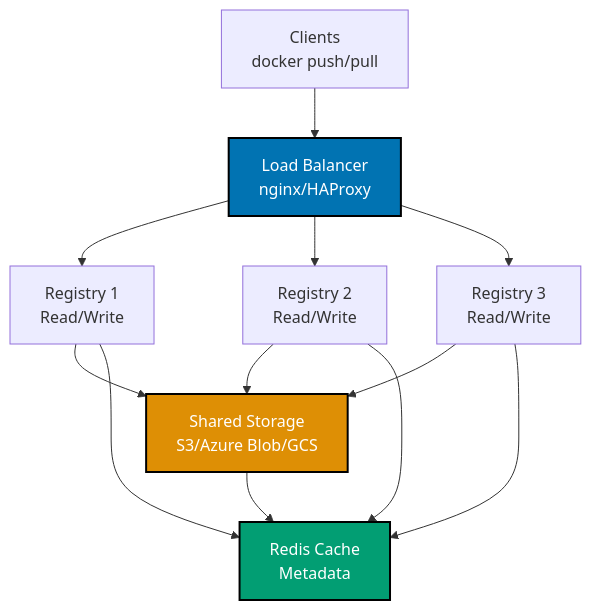
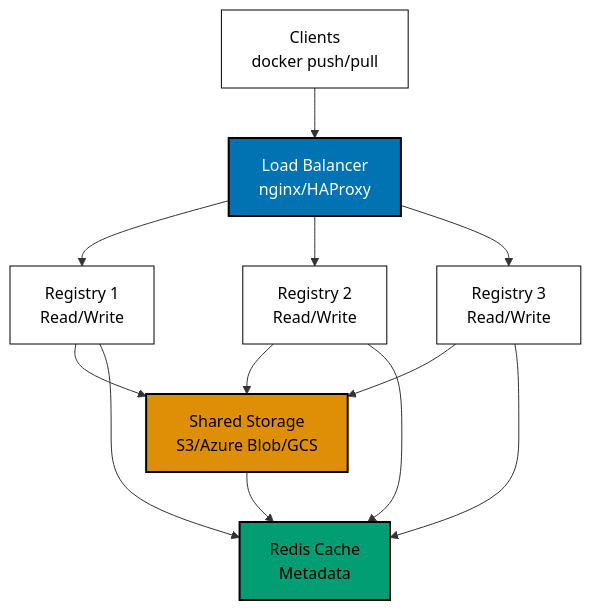
Before and after one commit to wahidyankf/ose-public: diagram 13 of 14 in apps/ayokoding-www/content/en/learn/legacy/software-engineering/infrastructure/tools/docker/by-example/advanced.md, drawn with Mermaid. The commit also changed other lines of this file and 131 other files, not shown here.

First line of the commit message:
fix(mermaid): bring the legacy data, infrastructure, and testing diagrams onto the accessible palette

````diff
--- a/apps/ayokoding-www/content/en/learn/legacy/software-engineering/infrastructure/tools/docker/by-example/advanced.md
+++ b/apps/ayokoding-www/content/en/learn/legacy/software-engineering/infrastructure/tools/docker/by-example/advanced.md
@@ -4432,21 +4509,27 @@
 ```mermaid
 %% Color Palette: Blue #0173B2, Orange #DE8F05, Teal #029E73, Purple #CC78BC, Brown #CA9161
 graph TD
+ accTitle: Example 80: High Availability Docker Registry
+ accDescr: Graph with 7 nodes and 11 connections. Nodes: Clients docker push/pull, Load Balancer nginx/HAProxy, Registry 1 Read/Write, Registry 2 Read/Write, Registry 3 Read/Write, Shared Storage S3/Azure Blob/GCS, Redis Cache Metadata. Connections: Clients docker push/pull to Load Balancer nginx/HAProxy, Load Balancer nginx/HAProxy to Registry 1 Read/Write, Load Balancer nginx/HAProxy to Registry 2 Read/Write, Load Balancer nginx/HAProxy to Registry 3 Read/Write, Registry 1 Read/Write to Shared Storage S3/Azure Blob/GCS, Registry 2 Read/Write to Shared Storage S3/Azure Blob/GCS, Registry 3 Read/Write to Shared Storage S3/Azure Blob/GCS, Shared Storage S3/Azure Blob/GCS to Redis Cache Metadata, Registry 1 Read/Write to Redis Cache Metadata, Registry 2 Read/Write to Redis Cache Metadata, Registry 3 Read/Write to Redis Cache Metadata.
  A["Clients<br/>docker push/pull"] --> B["Load Balancer<br/>nginx/HAProxy"]
  B --> C["Registry 1<br/>Read/Write"]
  B --> D["Registry 2<br/>Read/Write"]
  B --> E["Registry 3<br/>Read/Write"]
 
  C --> F["Shared Storage<br/>S3/Azure Blob/GCS"]
  D --> F
  E --> F
 
  F --> G["Redis Cache<br/>Metadata"]
  C --> G
  D --> G
  E --> G
 
- style B fill:#0173B2,stroke:#000000,stroke-width:2px,color:#fff
- style F fill:#DE8F05,stroke:#000000,stroke-width:2px,color:#fff
- style G fill:#029E73,stroke:#000000,stroke-width:2px,color:#fff
+ classDef pal-0173B2 fill:#0173B2,stroke:#000000,color:#FFFFFF,stroke-width:2px
+ class B pal-0173B2
+ classDef pal-DE8F05 fill:#DE8F05,stroke:#000000,color:#000000,stroke-width:2px
+ class F pal-DE8F05
+ classDef pal-029E73 fill:#029E73,stroke:#000000,color:#000000,stroke-width:2px
+ class G pal-029E73
+ classDef default fill:#FFFFFF,stroke:#000000,color:#000000
 ```
````
